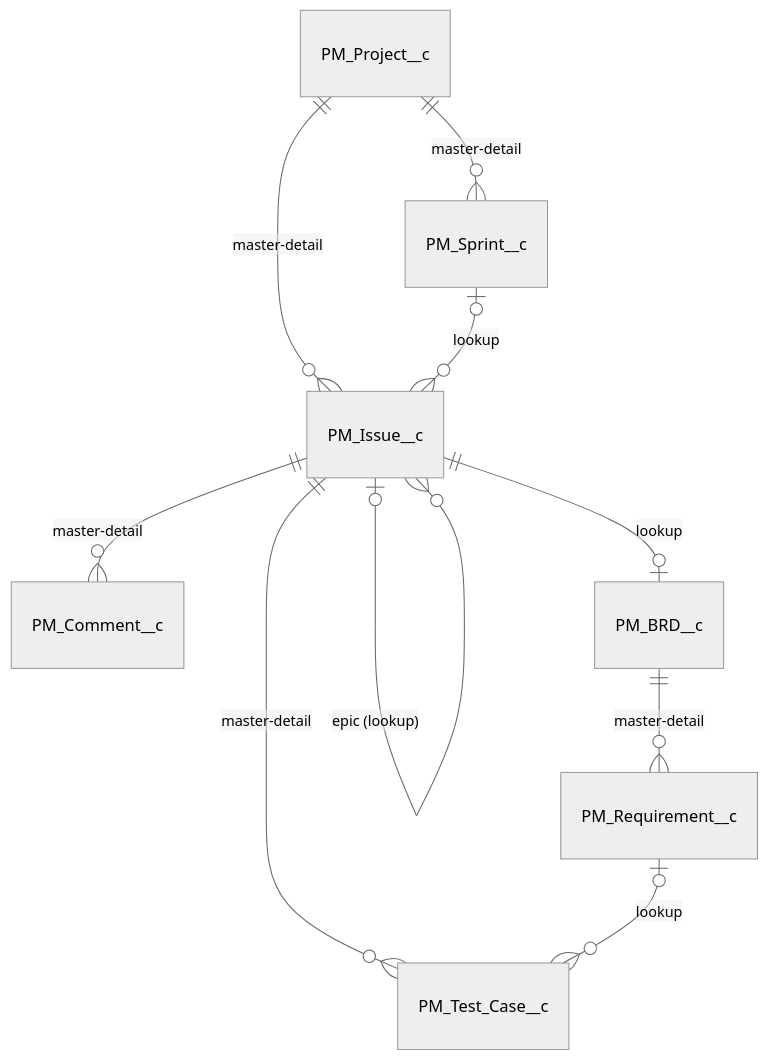
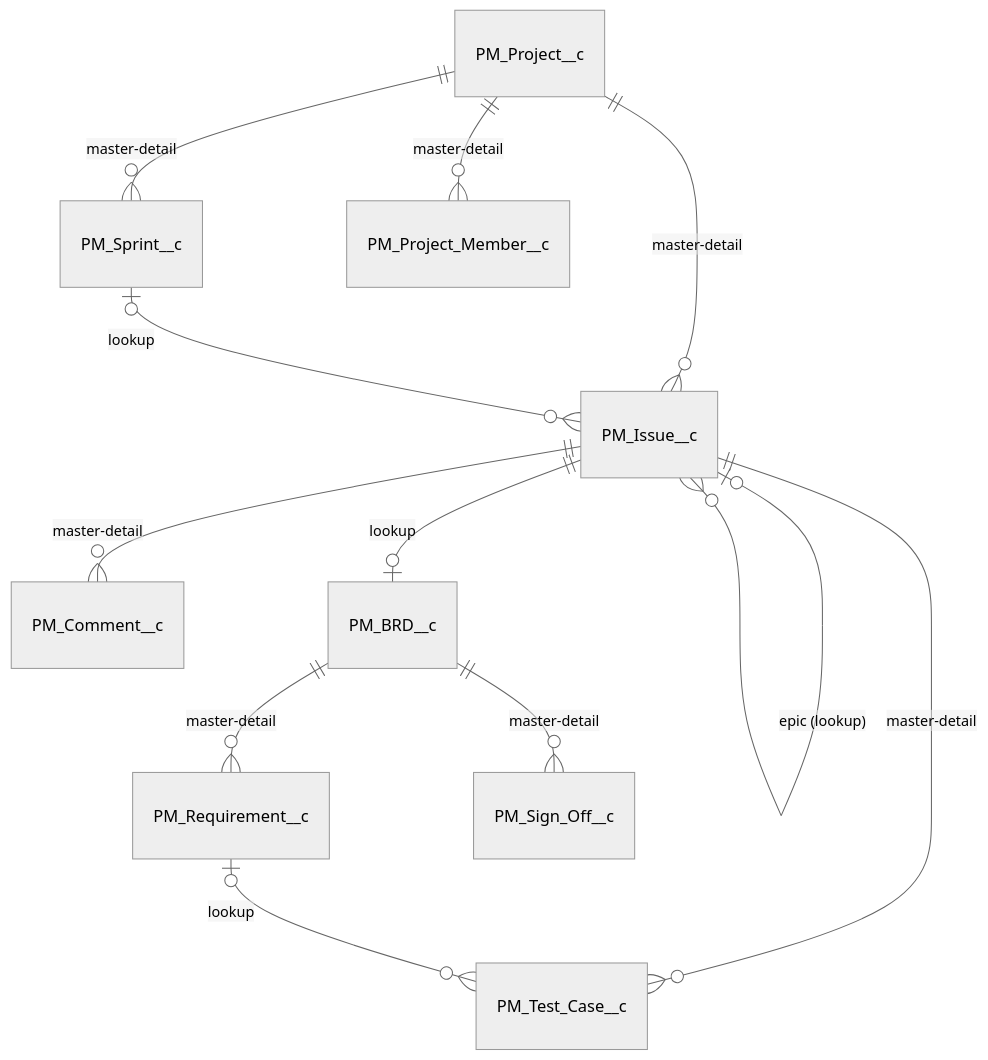
One commit to Ricardo19-Deve/salesforce-crm-wizards changed the diagram in docs/project-board.md. Above: the diagram before and after it, drawn with Mermaid (neutral theme). The commit also changed other lines of this file and 78 other files, not shown here.

First line of the commit message:
Project Board: membership-based access, governed sign-off, keyboard moves

````diff
--- a/docs/project-board.md
+++ b/docs/project-board.md
@@ -34,12 +44,14 @@
 ```mermaid
 erDiagram
     PM_Project__c ||--o{ PM_Sprint__c : "master-detail"
+    PM_Project__c ||--o{ PM_Project_Member__c : "master-detail"
     PM_Project__c ||--o{ PM_Issue__c : "master-detail"
     PM_Issue__c ||--o{ PM_Comment__c : "master-detail"
     PM_Issue__c ||--o{ PM_Test_Case__c : "master-detail"
     PM_Sprint__c |o--o{ PM_Issue__c : "lookup"
     PM_Issue__c |o--o{ PM_Issue__c : "epic (lookup)"
     PM_Issue__c ||--o| PM_BRD__c : "lookup"
     PM_BRD__c ||--o{ PM_Requirement__c : "master-detail"
+    PM_BRD__c ||--o{ PM_Sign_Off__c : "master-detail"
     PM_Requirement__c |o--o{ PM_Test_Case__c : "lookup"
 ```
````
